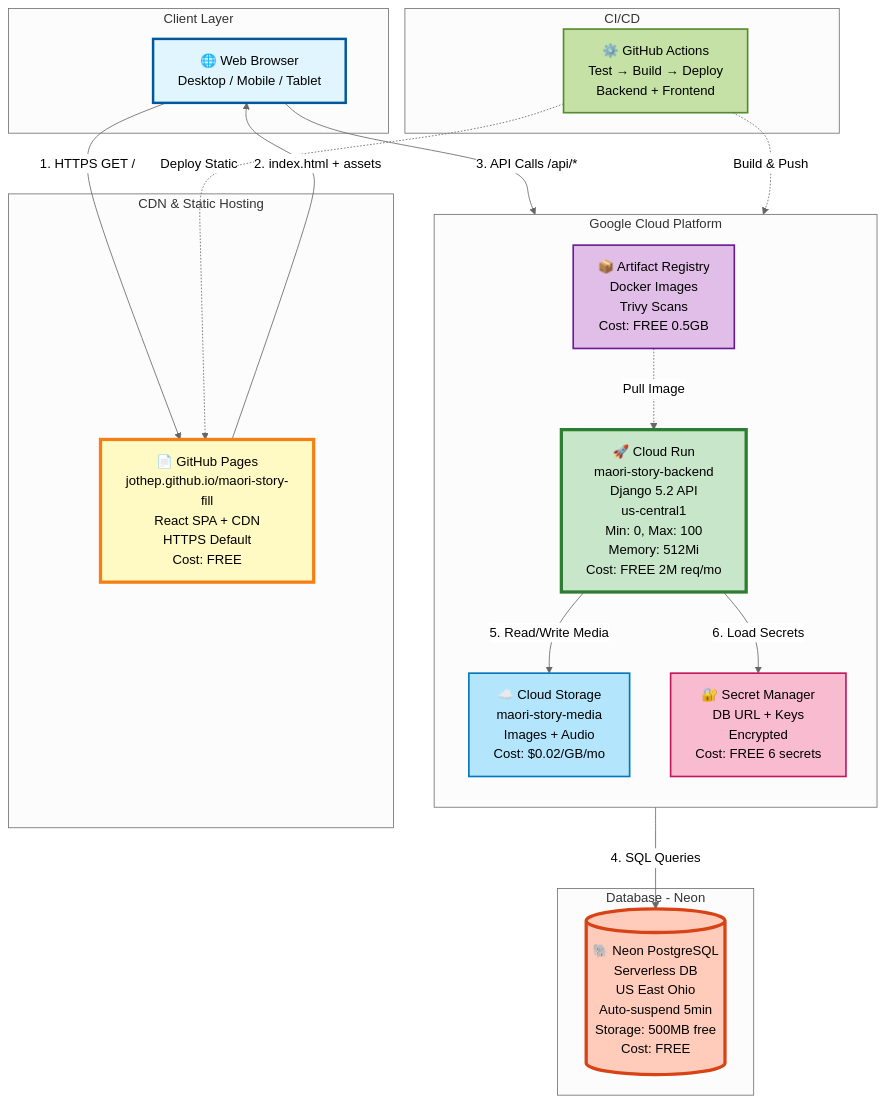
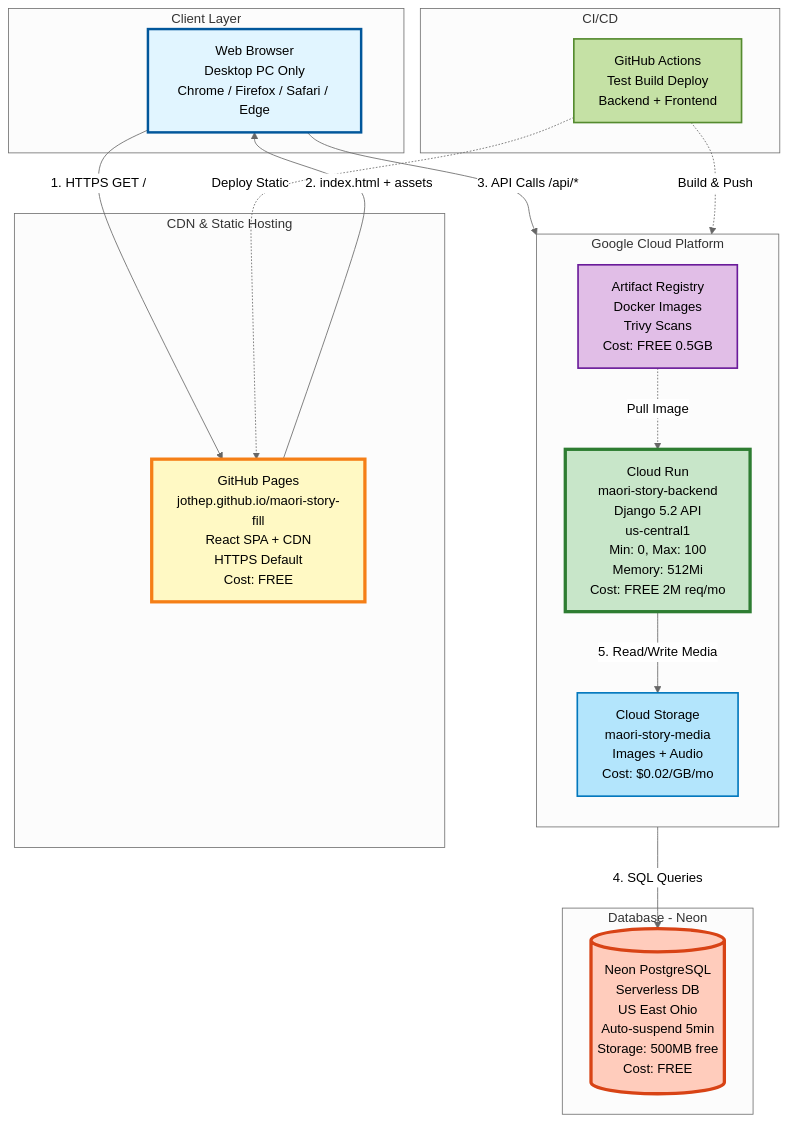
The first of 9 diagrams in docs/architecture-diagrams.md (jothep/story-filler), drawn with Mermaid (neutral theme) before and after one commit. The commit also changed 1 other file, not shown here.

First paragraph of the commit message:
Fix: Remove Secret Manager and update browser support in architecture docs
Corrected architecture documentation to match actual implementation:

````diff
--- a/docs/architecture-diagrams.md
+++ b/docs/architecture-diagrams.md
@@ -13,51 +13,47 @@
 ```mermaid
 graph TB
     subgraph "Client Layer"
-        Browser[🌐 Web Browser<br/>Desktop / Mobile / Tablet]
+        Browser[Web Browser<br/>Desktop PC Only<br/>Chrome / Firefox / Safari / Edge]
     end
 
     subgraph "CDN & Static Hosting"
-        GHPages[📄 GitHub Pages<br/>jothep.github.io/maori-story-fill<br/>React SPA + CDN<br/>HTTPS Default<br/>Cost: FREE]
+        GHPages[GitHub Pages<br/>jothep.github.io/maori-story-fill<br/>React SPA + CDN<br/>HTTPS Default<br/>Cost: FREE]
     end
 
     subgraph "Google Cloud Platform"
         direction TB
         
-        CloudRun[🚀 Cloud Run<br/>maori-story-backend<br/>Django 5.2 API<br/>us-central1<br/>Min: 0, Max: 100<br/>Memory: 512Mi<br/>Cost: FREE 2M req/mo]
+        CloudRun[Cloud Run<br/>maori-story-backend<br/>Django 5.2 API<br/>us-central1<br/>Min: 0, Max: 100<br/>Memory: 512Mi<br/>Cost: FREE 2M req/mo]
         
-        GCS[☁️ Cloud Storage<br/>maori-story-media<br/>Images + Audio<br/>Cost: $0.02/GB/mo]
+        GCS[Cloud Storage<br/>maori-story-media<br/>Images + Audio<br/>Cost: $0.02/GB/mo]
         
-        ArtifactReg[📦 Artifact Registry<br/>Docker Images<br/>Trivy Scans<br/>Cost: FREE 0.5GB]
-        
-        SecretMgr[🔐 Secret Manager<br/>DB URL + Keys<br/>Encrypted<br/>Cost: FREE 6 secrets]
+        ArtifactReg[Artifact Registry<br/>Docker Images<br/>Trivy Scans<br/>Cost: FREE 0.5GB]
     end
 
     subgraph "Database - Neon"
-        NeonDB[(🐘 Neon PostgreSQL<br/>Serverless DB<br/>US East Ohio<br/>Auto-suspend 5min<br/>Storage: 500MB free<br/>Cost: FREE)]
+        NeonDB[(Neon PostgreSQL<br/>Serverless DB<br/>US East Ohio<br/>Auto-suspend 5min<br/>Storage: 500MB free<br/>Cost: FREE)]
     end
 
     subgraph "CI/CD"
-        GHActions[⚙️ GitHub Actions<br/>Test → Build → Deploy<br/>Backend + Frontend]
+        GHActions[GitHub Actions<br/>Test Build Deploy<br/>Backend + Frontend]
     end
 
     Browser -->|1. HTTPS GET /| GHPages
     GHPages -->|2. index.html + assets| Browser
     Browser -->|3. API Calls /api/*| CloudRun
     
     CloudRun -->|4. SQL Queries| NeonDB
     CloudRun -->|5. Read/Write Media| GCS
-    CloudRun -->|6. Load Secrets| SecretMgr
     
     GHActions -.->|Build & Push| ArtifactReg
     ArtifactReg -.->|Pull Image| CloudRun
     GHActions -.->|Deploy Static| GHPages
 
     style Browser fill:#e1f5ff,stroke:#01579b,stroke-width:3px
     style GHPages fill:#fff9c4,stroke:#f57f17,stroke-width:4px
     style CloudRun fill:#c8e6c9,stroke:#2e7d32,stroke-width:4px
     style NeonDB fill:#ffccbc,stroke:#d84315,stroke-width:4px
     style GCS fill:#b3e5fc,stroke:#0277bd,stroke-width:2px
     style ArtifactReg fill:#e1bee7,stroke:#6a1b9a,stroke-width:2px
-    style SecretMgr fill:#f8bbd0,stroke:#c2185b,stroke-width:2px
     style GHActions fill:#c5e1a5,stroke:#558b2f,stroke-width:2px
 ```
````
